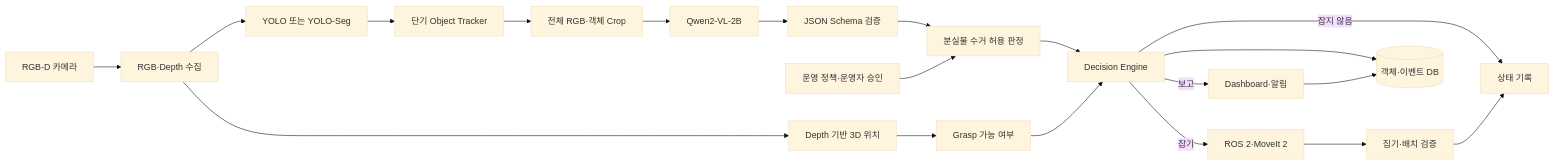
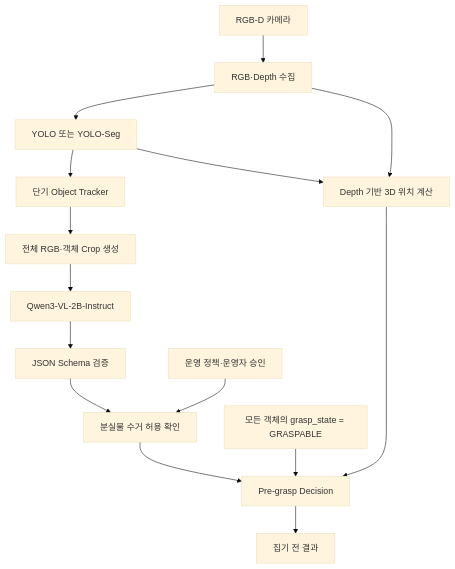
Before and after one commit to asm17-moving-agent/cleany-docs: the diagram in 40_RAW/30_Technical_Notes/260727 - 객체 탐지·판단 시스템 MVP 아키텍처.md, drawn with Mermaid (base theme). The commit also changed other lines of this file, not shown here.

````diff
--- a/40_RAW/30_Technical_Notes/260727 - 객체 탐지·판단 시스템 MVP 아키텍처.md
+++ b/40_RAW/30_Technical_Notes/260727 - 객체 탐지·판단 시스템 MVP 아키텍처.md
@@ -60,25 +71,19 @@
 ```mermaid
-flowchart LR
+flowchart TD
     RGBD[RGB-D 카메라] --> CAPTURE[RGB·Depth 수집]
     CAPTURE --> YOLO[YOLO 또는 YOLO-Seg]
     YOLO --> TRACKER[단기 Object Tracker]
-    TRACKER --> CROP[전체 RGB·객체 Crop]
-    CROP --> VLM[Qwen2-VL-2B]
+    TRACKER --> CROP[전체 RGB·객체 Crop 생성]
+    CROP --> VLM[Qwen3-VL-2B-Instruct]
     VLM --> VALIDATOR[JSON Schema 검증]
-    VALIDATOR --> PERMISSION[분실물 수거 허용 판정]
+    VALIDATOR --> PERMISSION[분실물 수거 허용 확인]
+
     POLICY[운영 정책·운영자 승인] --> PERMISSION
-    PERMISSION --> DECISION[Decision Engine]
+    CAPTURE --> POSITION[Depth 기반 3D 위치 계산]
+    YOLO --> POSITION
 
-    CAPTURE --> POSITION[Depth 기반 3D 위치]
-    POSITION --> GRASP[Grasp 가능 여부]
-    GRASP --> DECISION
-
-    DECISION -->|잡기| ROBOT[ROS 2·MoveIt 2]
-    DECISION -->|보고| REPORT[Dashboard·알림]
-    DECISION -->|잡지 않음| LOG[상태 기록]
-
-    ROBOT --> VERIFY[집기·배치 검증]
-    VERIFY --> LOG
-    DECISION --> DB[(객체·이벤트 DB)]
-    REPORT --> DB
+    PERMISSION --> DECISION[Pre-grasp Decision]
+    POSITION --> DECISION
+    FIXED[모든 객체의 grasp_state = GRASPABLE] --> DECISION
+    DECISION --> OUTPUT[집기 전 결과]
 ```
````
